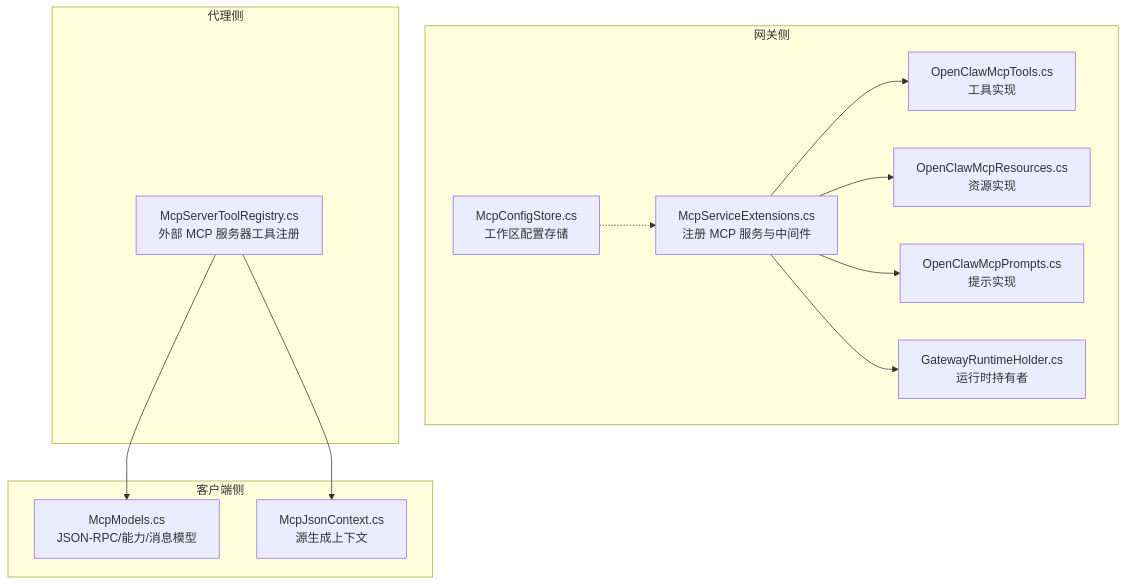
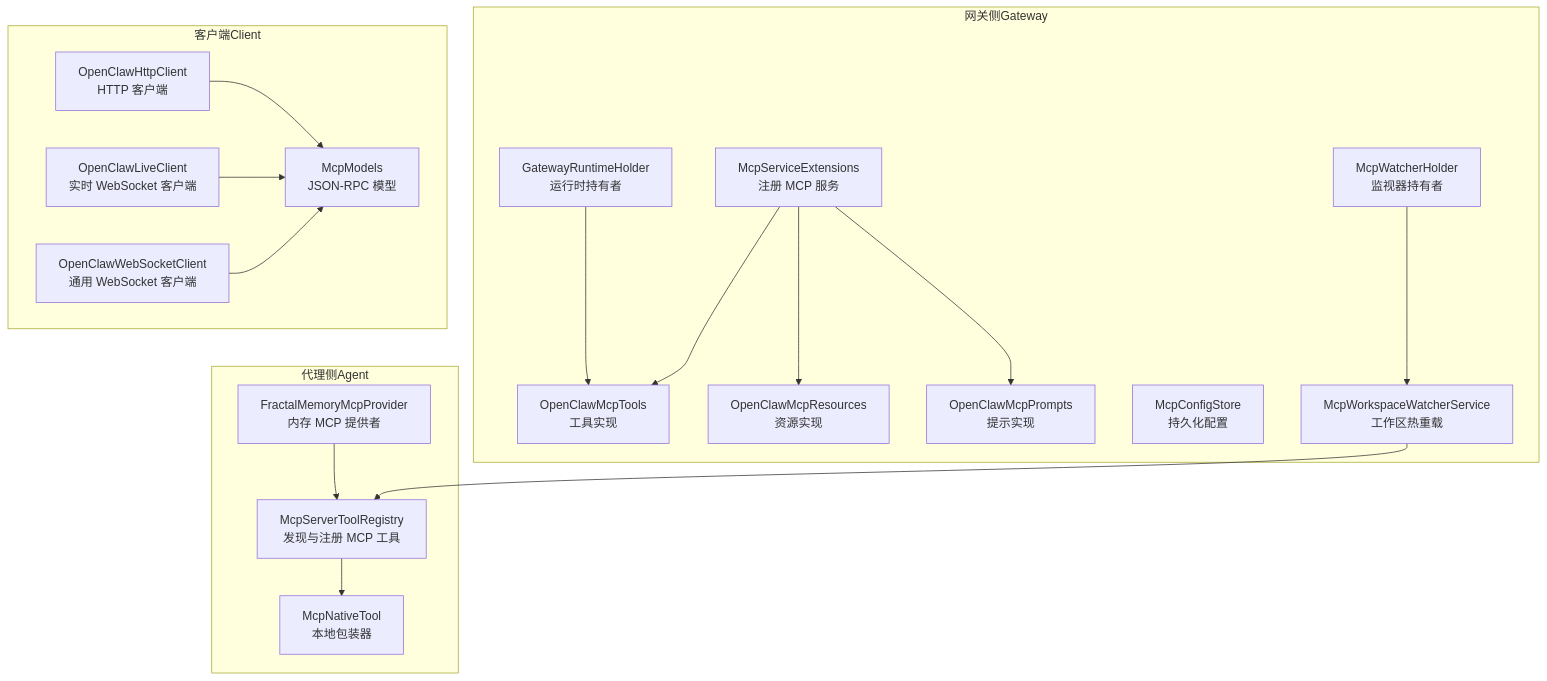
The first of 11 diagrams in .qoder/repowiki/zh/content/API 参考/MCP 协议.md (wayyet/kingcrab), drawn with Mermaid before and after one commit. The commit also changed other lines of this file and 173 other files, not shown here.

````diff
--- a/.qoder/repowiki/zh/content/API 参考/MCP 协议.md
+++ b/.qoder/repowiki/zh/content/API 参考/MCP 协议.md
@@ -46,25 +43,35 @@
 ```mermaid
 graph TB
-subgraph "网关侧"
-A["McpServiceExtensions.cs<br/>注册 MCP 服务与中间件"]
-B["OpenClawMcpTools.cs<br/>工具实现"]
-C["OpenClawMcpResources.cs<br/>资源实现"]
-D["OpenClawMcpPrompts.cs<br/>提示实现"]
-E["GatewayRuntimeHolder.cs<br/>运行时持有者"]
-F["McpConfigStore.cs<br/>工作区配置存储"]
+subgraph "网关侧Gateway"
+A["McpServiceExtensions<br/>注册 MCP 服务"]
+B["OpenClawMcpTools<br/>工具实现"]
+C["OpenClawMcpResources<br/>资源实现"]
+D["OpenClawMcpPrompts<br/>提示实现"]
+E["GatewayRuntimeHolder<br/>运行时持有者"]
+F["McpWatcherHolder<br/>监视器持有者"]
+G["McpConfigStore<br/>持久化配置"]
+H["McpWorkspaceWatcherService<br/>工作区热重载"]
 end
-subgraph "客户端侧"
-G["McpModels.cs<br/>JSON-RPC/能力/消息模型"]
-H["McpJsonContext.cs<br/>源生成上下文"]
+subgraph "代理侧Agent"
+I["McpServerToolRegistry<br/>发现与注册 MCP 工具"]
+J["McpNativeTool<br/>本地包装器"]
+K["FractalMemoryMcpProvider<br/>内存 MCP 提供者"]
 end
-subgraph "代理侧"
-I["McpServerToolRegistry.cs<br/>外部 MCP 服务器工具注册"]
+subgraph "客户端Client"
+L["McpModels<br/>JSON-RPC 模型"]
+M["OpenClawHttpClient<br/>HTTP 客户端"]
+N["OpenClawLiveClient<br/>实时 WebSocket 客户端"]
+O["OpenClawWebSocketClient<br/>通用 WebSocket 客户端"]
 end
 A --> B
 A --> C
 A --> D
-A --> E
-I --> G
-I --> H
-F -.-> A
+E --> B
+F --> H
+H --> I
+I --> J
+K --> I
+M --> L
+N --> L
+O --> L
 ```
````
